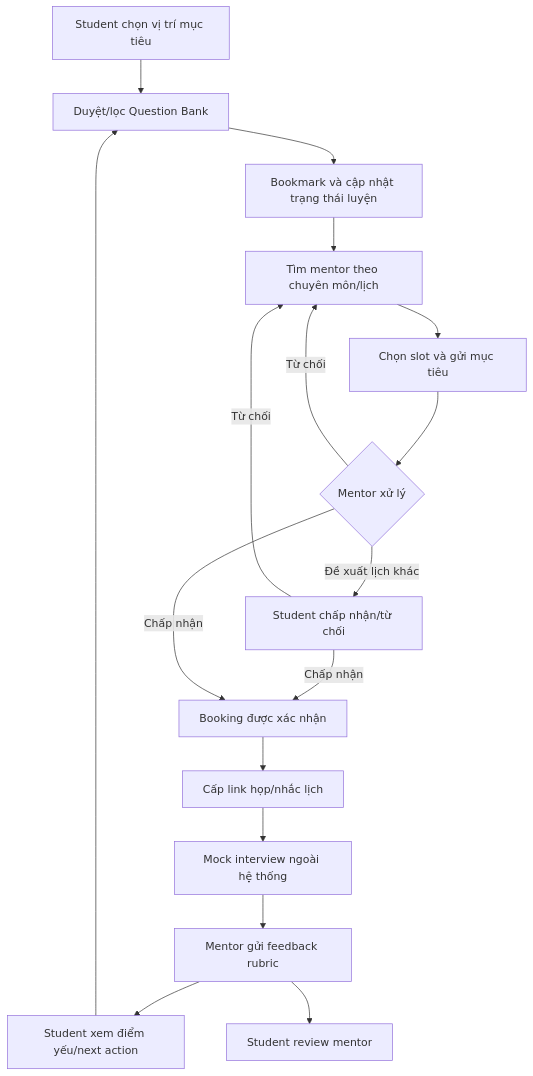
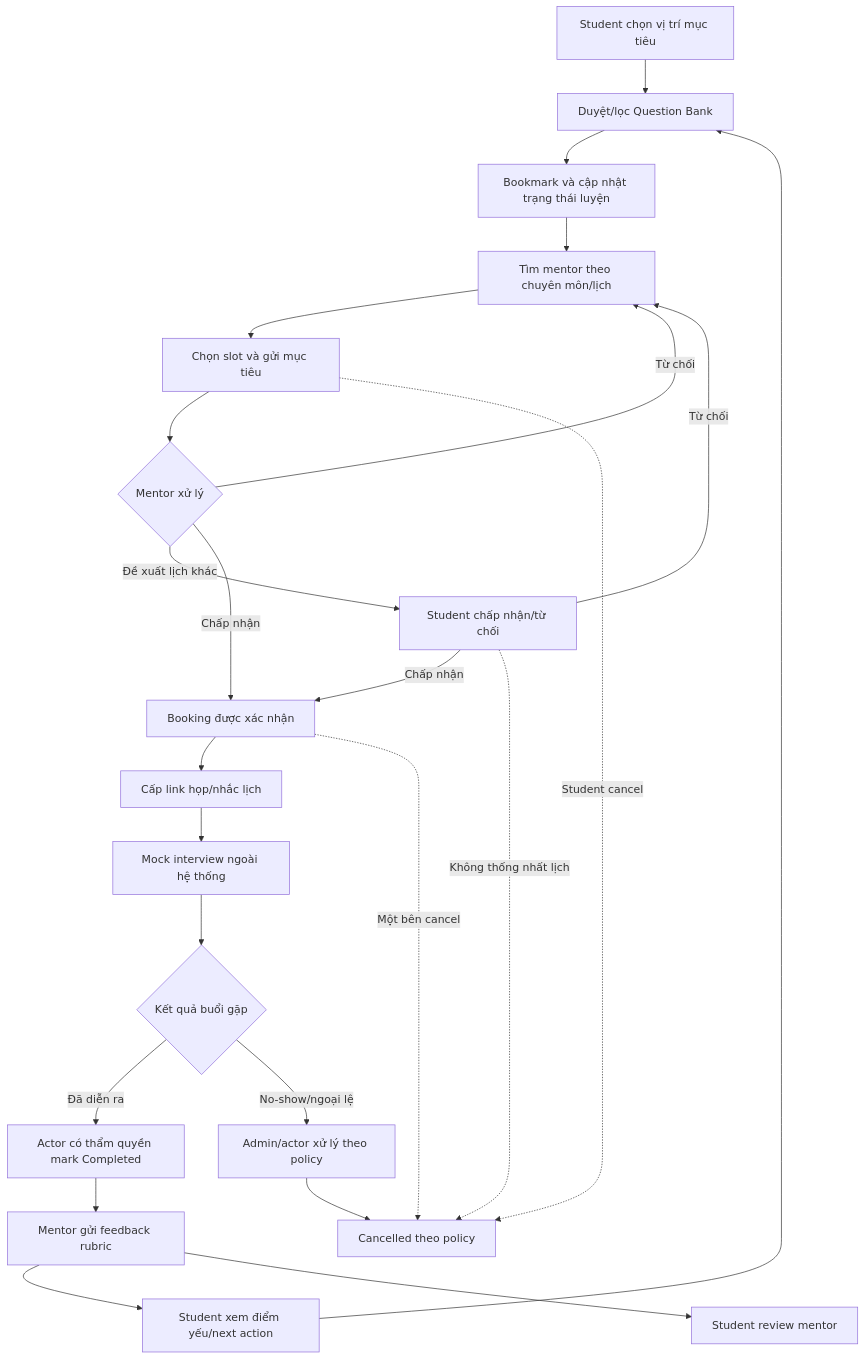
The first of 3 diagrams in docs/Project_Vision_and_Scope/Future_State_Workflow.md (tnnhuaa/InterviewQuestionBank), drawn with Mermaid before and after one commit. The commit also changed other lines of this file and 4 other files, not shown here.

````diff
--- a/docs/Project_Vision_and_Scope/Future_State_Workflow.md
+++ b/docs/Project_Vision_and_Scope/Future_State_Workflow.md
@@ -13,19 +29,26 @@
 ```mermaid
 flowchart TD
     A["Student chọn vị trí mục tiêu"] --> B["Duyệt/lọc Question Bank"]
     B --> C["Bookmark và cập nhật trạng thái luyện"]
     C --> D["Tìm mentor theo chuyên môn/lịch"]
     D --> E["Chọn slot và gửi mục tiêu"]
     E --> F{"Mentor xử lý"}
     F -- "Từ chối" --> D
     F -- "Đề xuất lịch khác" --> G["Student chấp nhận/từ chối"]
     G -- "Chấp nhận" --> H["Booking được xác nhận"]
     G -- "Từ chối" --> D
     F -- "Chấp nhận" --> H
     H --> I["Cấp link họp/nhắc lịch"]
     I --> J["Mock interview ngoài hệ thống"]
-    J --> K["Mentor gửi feedback rubric"]
+    J --> JC{"Kết quả buổi gặp"}
+    JC -- "Đã diễn ra" --> JD["Actor có thẩm quyền mark Completed"]
+    JC -- "No-show/ngoại lệ" --> X["Admin/actor xử lý theo policy"]
+    JD --> K["Mentor gửi feedback rubric"]
     K --> L["Student xem điểm yếu/next action"]
     L --> B
     K --> M["Student review mentor"]
+    E -. "Student cancel" .-> CXL["Cancelled theo policy"]
+    H -. "Một bên cancel" .-> CXL
+    G -. "Không thống nhất lịch" .-> CXL
+    X --> CXL
 ```
````
